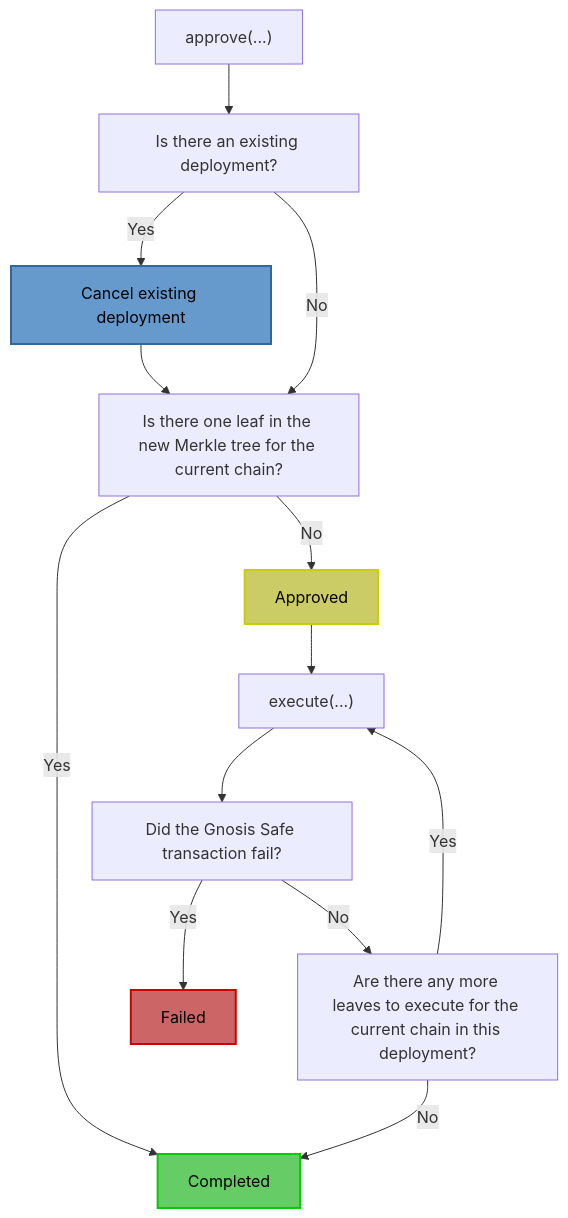
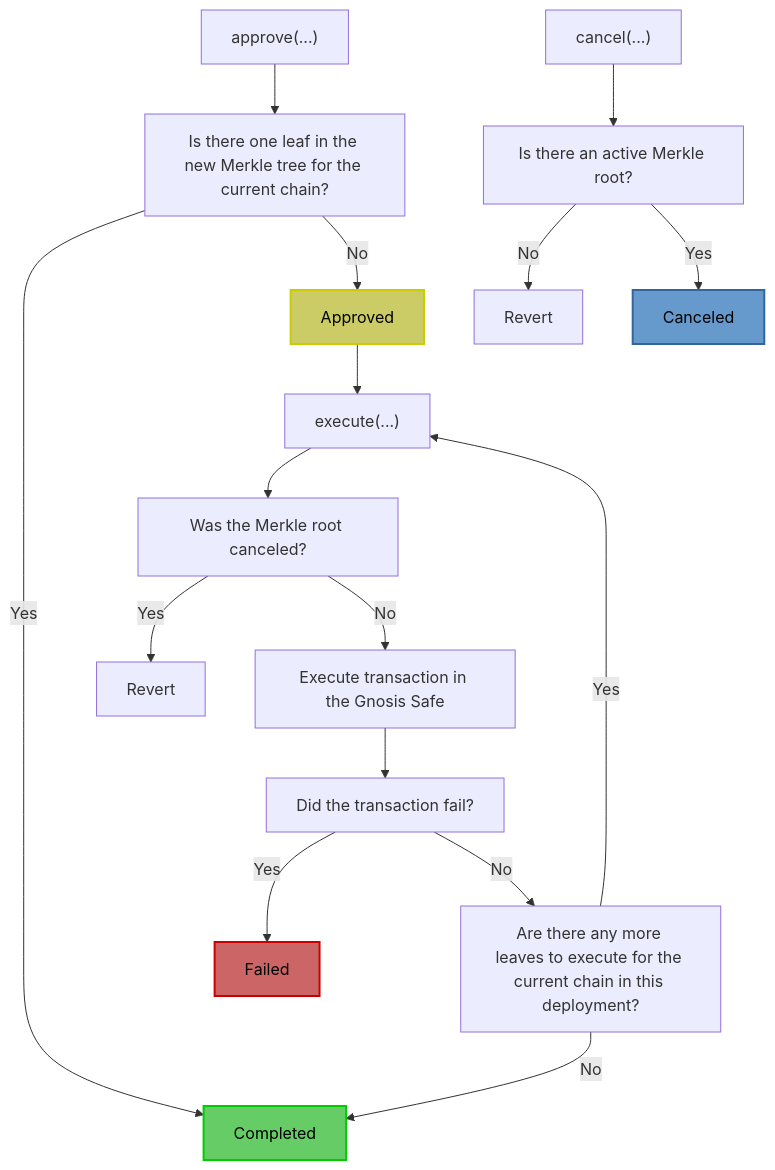
One commit to sphinx-labs/sphinx changed the diagram in specs/sphinx-module-proxy.md. Above: the diagram before and after it, drawn with Mermaid. The commit also changed other lines of this file and 13 other files, not shown here.

````diff
--- a/specs/sphinx-module-proxy.md
+++ b/specs/sphinx-module-proxy.md
@@ -65,19 +66,22 @@
 ```mermaid
 graph TD
     style C fill:#cccc66,stroke:#cccc00,stroke-width:2px,color:black
     style B fill:#66cc66,stroke:#00cc00,stroke-width:2px,color:black
     style F fill:#cc6666,stroke:#cc0000,stroke-width:2px,color:black
-    style I fill:#6699cc,stroke:#336699,stroke-width:2px,color:black
-    Z["approve(...)"] --> H[Is there an existing deployment?]
-    H -->|Yes| I[Cancel existing deployment]
-    H -->|No| A[Is there one leaf in the new Merkle tree for the current chain?]
-    I -->A
+    style K fill:#6699cc,stroke:#336699,stroke-width:2px,color:black
+    Z["approve(...)"] --> A[Is there one leaf in the new Merkle tree for the current chain?]
     A -->|Yes| B[Completed]
     A -->|No| C[Approved]
     C --> D["execute(...)"]
-    D --> E[Did the Gnosis Safe transaction fail?]
+    D --> L[Was the Merkle root canceled?]
+    L -->|Yes| M[Revert]
+    L -->|No| N[Execute transaction in the Gnosis Safe]
+    N --> E[Did the transaction fail?]
     E -->|Yes| F[Failed]
     E -->|No| G[Are there any more leaves to execute for the current chain in this deployment?]
     G -->|Yes| D
     G -->|No| B
+    H["cancel(...)"] --> I[Is there an active Merkle root?]
+    I -->|No| J[Revert]
+    I -->|Yes| K[Canceled]
 ```
````
